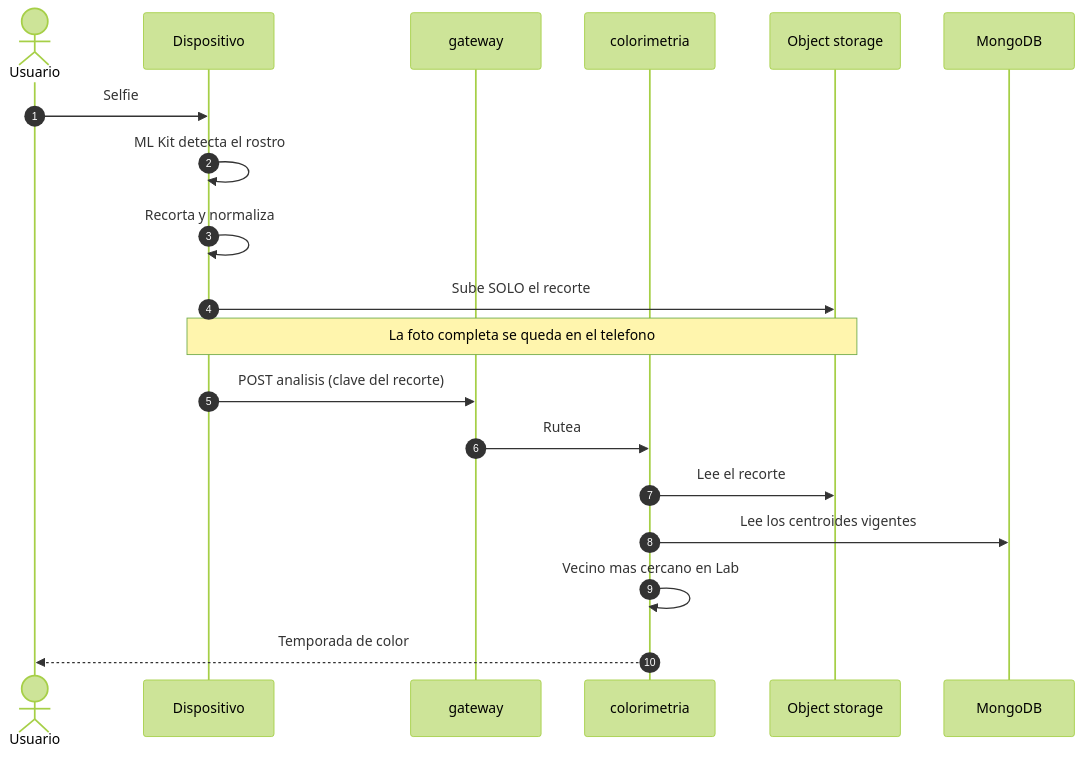
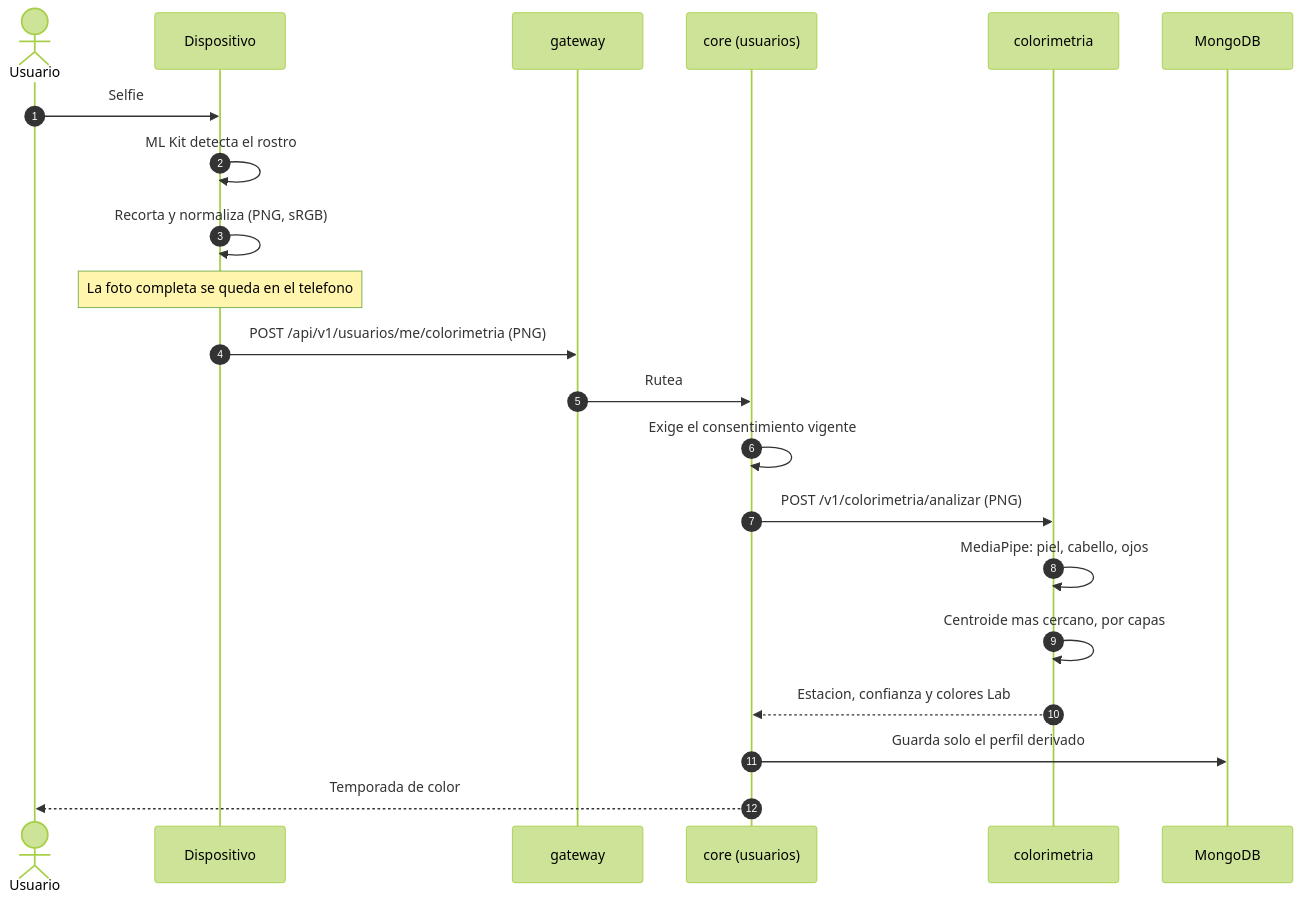
One commit to WearHack/WearHack changed the third of 5 diagrams in docs/arquitectura.md. Above: the diagram before and after it, drawn with Mermaid (forest theme). The commit also changed other lines of this file and 1 other file, not shown here.

Commit message:
docs(docs): flujo de colorimetria con el recorte en el cuerpo
El diagrama seguia mostrando el recorte subido a object storage y leido por clave, que ya no es el flujo: el Core reenvia el PNG y guarda solo lo derivado. La procedencia marcaba los centroides y MediaPipe como pendientes de integrar.

````diff
--- a/docs/arquitectura.md
+++ b/docs/arquitectura.md
@@ -108,23 +109,25 @@
 ```mermaid
 sequenceDiagram
     autonumber
     actor U as Usuario
     participant D as Dispositivo
     participant G as gateway
+    participant C as core (usuarios)
     participant K as colorimetria
-    participant S as Object storage
     participant M as MongoDB
 
     U->>D: Selfie
     D->>D: ML Kit detecta el rostro
-    D->>D: Recorta y normaliza
-    D->>S: Sube SOLO el recorte
-    Note over D,S: La foto completa se queda en el telefono
+    D->>D: Recorta y normaliza (PNG, sRGB)
+    Note over D: La foto completa se queda en el telefono
 
-    D->>G: POST analisis (clave del recorte)
-    G->>K: Rutea
-    K->>S: Lee el recorte
-    K->>M: Lee los centroides vigentes
-    K->>K: Vecino mas cercano en Lab
-    K-->>U: Temporada de color
+    D->>G: POST /api/v1/usuarios/me/colorimetria (PNG)
+    G->>C: Rutea
+    C->>C: Exige el consentimiento vigente
+    C->>K: POST /v1/colorimetria/analizar (PNG)
+    K->>K: MediaPipe: piel, cabello, ojos
+    K->>K: Centroide mas cercano, por capas
+    K-->>C: Estacion, confianza y colores Lab
+    C->>M: Guarda solo el perfil derivado
+    C-->>U: Temporada de color
 ```
````
